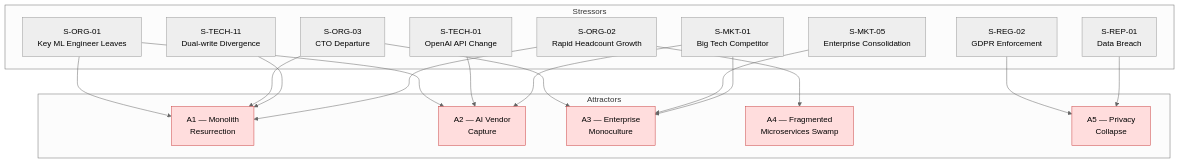
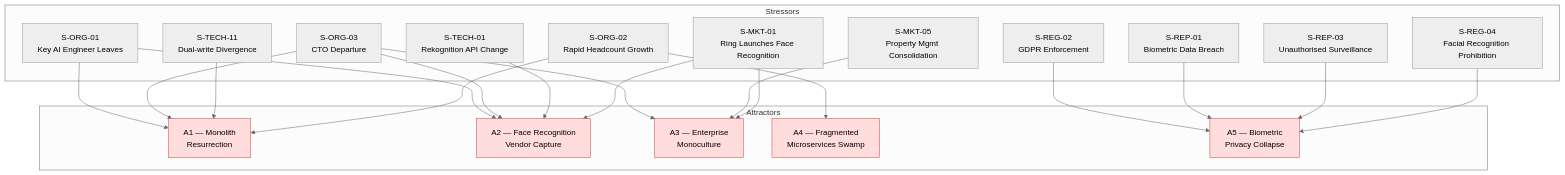
The sixth of 6 diagrams in docs/residuality-theory/attractors-analysis.md (magnusbakken/residuality-example), drawn with Mermaid (neutral theme) before and after one commit. The commit also changed other lines of this file and 17 other files, not shown here.

````diff
--- a/docs/residuality-theory/attractors-analysis.md
+++ b/docs/residuality-theory/attractors-analysis.md
@@ -196,42 +198,47 @@
 ```mermaid
 graph TD
     subgraph Stressors
-        S1["S-ORG-01<br/>Key ML Engineer Leaves"]
+        S1["S-ORG-01<br/>Key AI Engineer Leaves"]
         S2["S-ORG-03<br/>CTO Departure"]
         S3["S-TECH-11<br/>Dual-write Divergence"]
-        S4["S-MKT-05<br/>Enterprise Consolidation"]
-        S5["S-TECH-01<br/>OpenAI API Change"]
+        S4["S-MKT-05<br/>Property Mgmt Consolidation"]
+        S5["S-TECH-01<br/>Rekognition API Change"]
         S6["S-ORG-02<br/>Rapid Headcount Growth"]
         S7["S-REG-02<br/>GDPR Enforcement"]
-        S8["S-REP-01<br/>Data Breach"]
-        S9["S-MKT-01<br/>Big Tech Competitor"]
+        S8["S-REP-01<br/>Biometric Data Breach"]
+        S9["S-MKT-01<br/>Ring Launches Face Recognition"]
+        S10["S-REP-03<br/>Unauthorised Surveillance"]
+        S11["S-REG-04<br/>Facial Recognition Prohibition"]
     end
 
     subgraph Attractors
         A1["A1 — Monolith\nResurrection"]
-        A2["A2 — AI Vendor\nCapture"]
+        A2["A2 — Face Recognition\nVendor Capture"]
         A3["A3 — Enterprise\nMonoculture"]
         A4["A4 — Fragmented\nMicroservices Swamp"]
-        A5["A5 — Privacy\nCollapse"]
+        A5["A5 — Biometric\nPrivacy Collapse"]
     end
 
     S1 --> A1
     S1 --> A2
     S2 --> A1
     S2 --> A3
+    S2 --> A2
     S3 --> A1
     S4 --> A3
     S5 --> A2
     S6 --> A4
     S6 --> A1
     S7 --> A5
     S8 --> A5
     S9 --> A2
     S9 --> A3
+    S10 --> A5
+    S11 --> A5
 
     style A1 fill:#ffdddd,stroke:#cc4444
     style A2 fill:#ffdddd,stroke:#cc4444
     style A3 fill:#ffdddd,stroke:#cc4444
     style A4 fill:#ffdddd,stroke:#cc4444
     style A5 fill:#ffdddd,stroke:#cc4444
 ```
````
